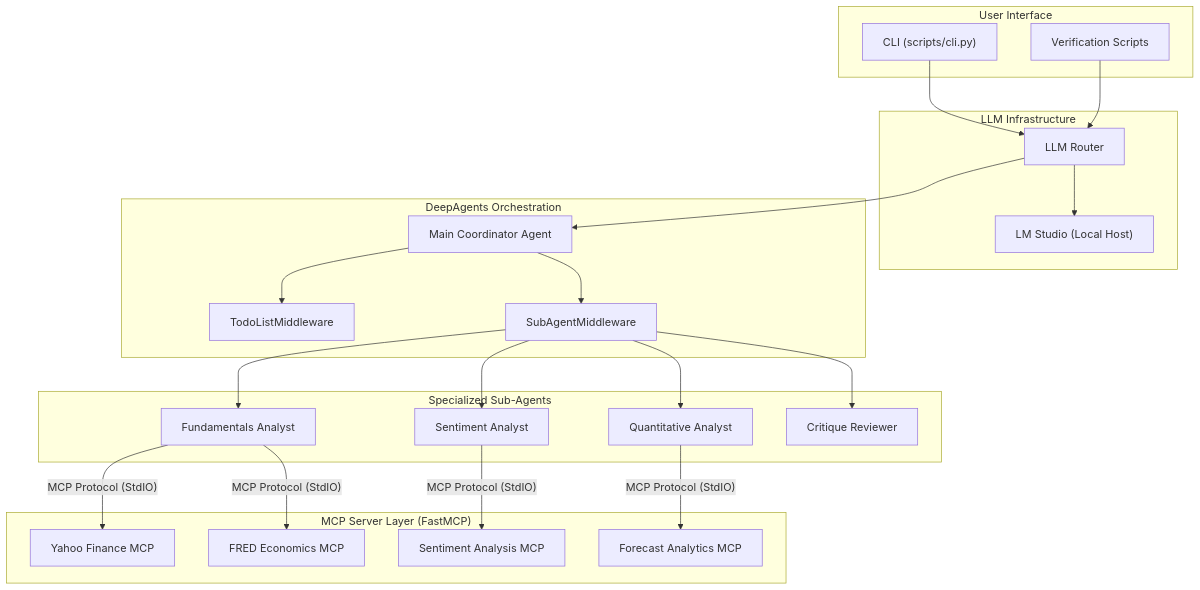
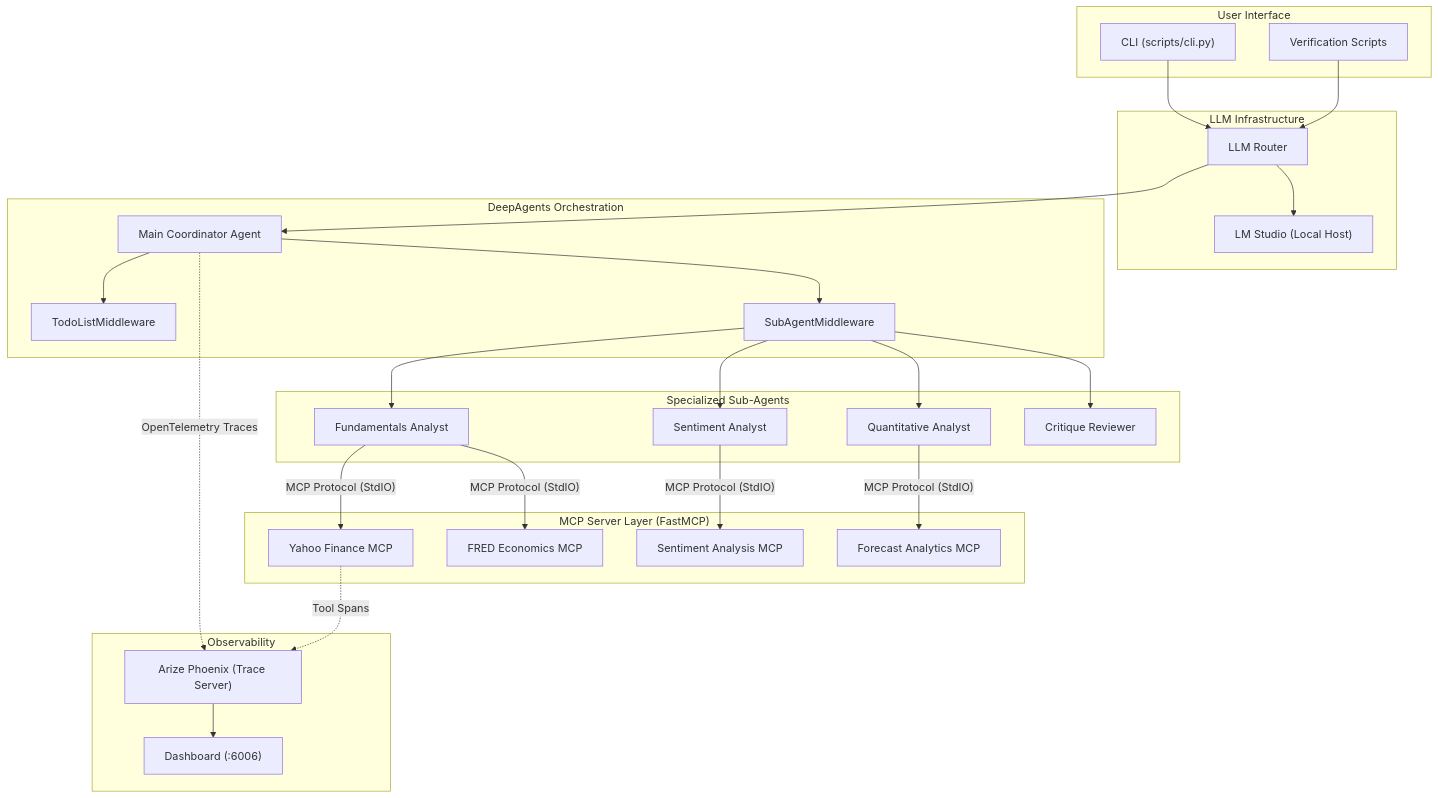
The first of 2 diagrams in README.md (kaushikkumarkr/Quant-Deepagent), drawn with Mermaid before and after one commit. The commit also changed other lines of this file, not shown here.

Commit message:
docs: update architecture to include Arize Phoenix observability layer

````diff
--- a/README.md
+++ b/README.md
@@ -7,48 +7,58 @@
 ```mermaid
 graph TB
     subgraph "User Interface"
         CLI["CLI (scripts/cli.py)"]
         Verify["Verification Scripts"]
     end
 
     subgraph "LLM Infrastructure"
         Router["LLM Router"]
         LMStudio["LM Studio (Local Host)"]
         Router --> LMStudio
     end
 
     subgraph "DeepAgents Orchestration"
         Main["Main Coordinator Agent"]
         Todo["TodoListMiddleware"]
         Sub["SubAgentMiddleware"]
         Main --> Todo
         Main --> Sub
     end
 
     subgraph "Specialized Sub-Agents"
         FA["Fundamentals Analyst"]
         SA["Sentiment Analyst"]
         QA["Quantitative Analyst"]
         CR["Critique Reviewer"]
     end
 
     subgraph "MCP Server Layer (FastMCP)"
         YahooMCP["Yahoo Finance MCP"]
         FredMCP["FRED Economics MCP"]
         SentMCP["Sentiment Analysis MCP"]
         CastMCP["Forecast Analytics MCP"]
     end
 
+    subgraph "Observability"
+        Phoenix["Arize Phoenix (Trace Server)"]
+        UI["Dashboard (:6006)"]
+        Phoenix --> UI
+    end
+
     CLI --> Router
     Verify --> Router
     Router --> Main
     Sub --> FA
     Sub --> SA
     Sub --> QA
     Sub --> CR
     
     FA -- "MCP Protocol (StdIO)" --> YahooMCP
     FA -- "MCP Protocol (StdIO)" --> FredMCP
     SA -- "MCP Protocol (StdIO)" --> SentMCP
     QA -- "MCP Protocol (StdIO)" --> CastMCP
+
+    %% Auto-Instrumentation Hooks
+    Main -. "OpenTelemetry Traces" .-> Phoenix
+    YahooMCP -. "Tool Spans" .-> Phoenix
 ```
````
